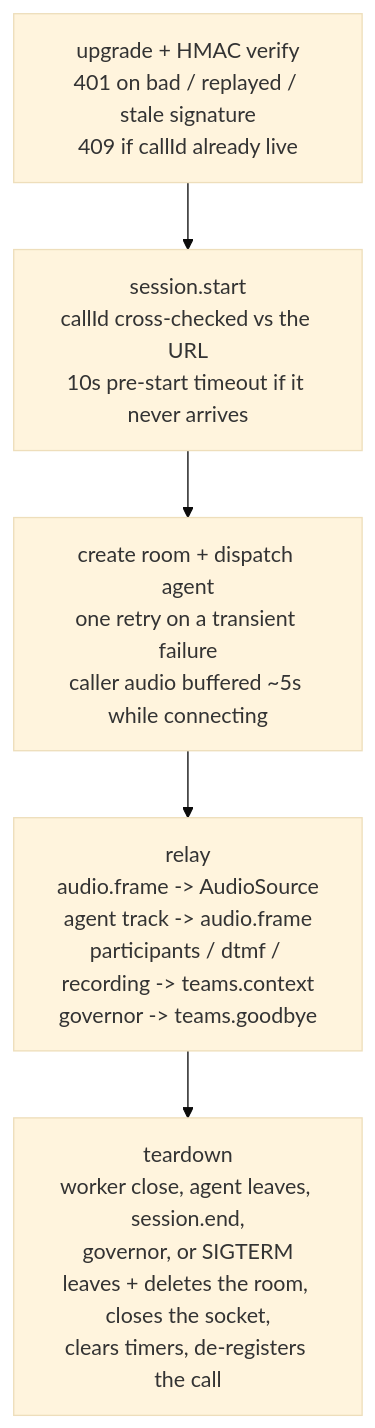
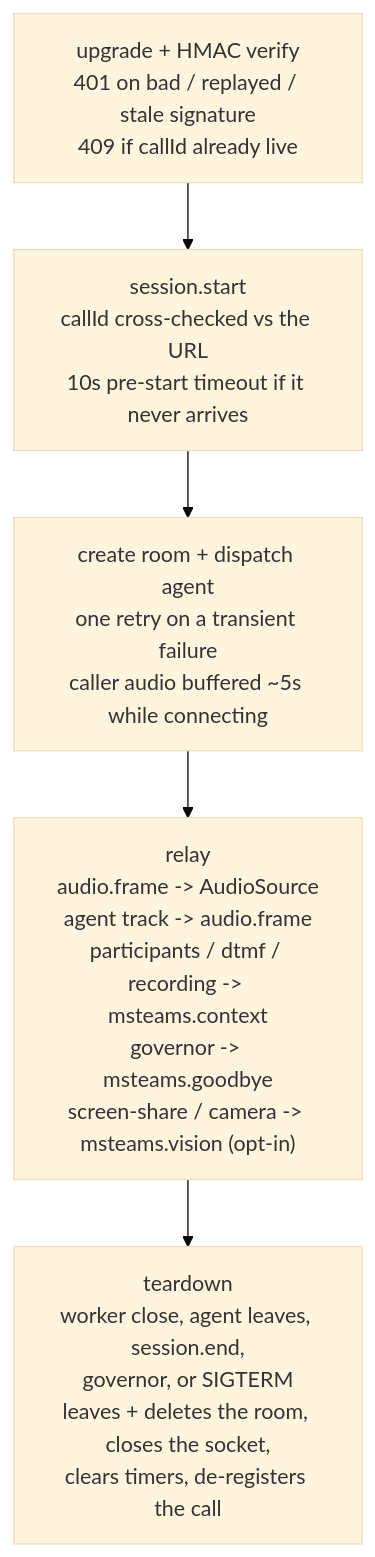
The second of 2 diagrams in website/src/content/docs/architecture.md (komaa-com/livekit-msteams-bridge-py), drawn with Mermaid (base theme) before and after one commit. The commit also changed 46 other files, not shown here.

First line of the commit message:
Anchor on /msteams/calling, add vision and the avatar example (#21)

````diff
--- a/website/src/content/docs/architecture.md
+++ b/website/src/content/docs/architecture.md
@@ -33,10 +33,10 @@
 ```mermaid
 flowchart TD
     A["upgrade + HMAC verify<br/>401 on bad / replayed / stale signature<br/>409 if callId already live"]
     B["session.start<br/>callId cross-checked vs the URL<br/>10s pre-start timeout if it never arrives"]
     C["create room + dispatch agent<br/>one retry on a transient failure<br/>caller audio buffered ~5s while connecting"]
-    D["relay<br/>audio.frame -&gt; AudioSource<br/>agent track -&gt; audio.frame<br/>participants / dtmf / recording -&gt; teams.context<br/>governor -&gt; teams.goodbye"]
+    D["relay<br/>audio.frame -&gt; AudioSource<br/>agent track -&gt; audio.frame<br/>participants / dtmf / recording -&gt; msteams.context<br/>governor -&gt; msteams.goodbye<br/>screen-share / camera -&gt; msteams.vision (opt-in)"]
     E["teardown<br/>worker close, agent leaves, session.end,<br/>governor, or SIGTERM<br/>leaves + deletes the room, closes the socket,<br/>clears timers, de-registers the call"]
 
     A --> B --> C --> D --> E
 ```
````
